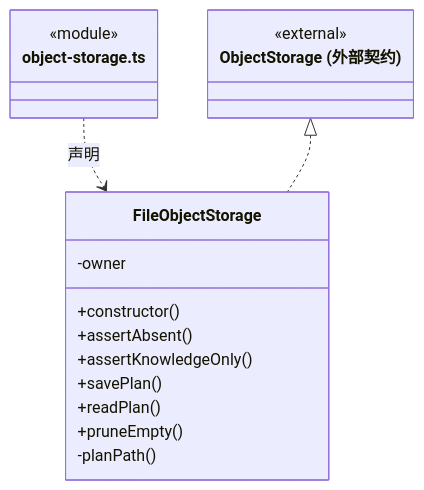
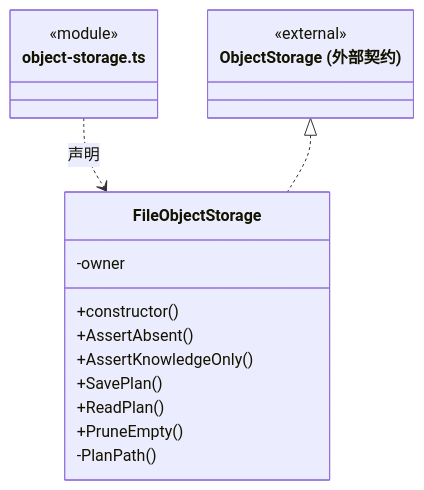
The fifth of 9 diagrams in src/logic/knowledge/storage/ARCHITECTURE.md (nan023062/cbim), drawn with Mermaid before and after one commit. The commit also changed other lines of this file and 1035 other files, not shown here.

````diff
--- a/src/logic/knowledge/storage/ARCHITECTURE.md
+++ b/src/logic/knowledge/storage/ARCHITECTURE.md
@@ -178,21 +178,21 @@
 ```mermaid
 classDiagram
 class N_src_logic_knowledge_storage_object_storage_ts["object-storage.ts"] {
   <<module>>
 }
 class N_src_logic_knowledge_storage_object_storage_ts_FileObjectStorage["FileObjectStorage"] {
   +constructor()
-  +assertAbsent()
-  +assertKnowledgeOnly()
-  +savePlan()
-  +readPlan()
-  +pruneEmpty()
+  +AssertAbsent()
+  +AssertKnowledgeOnly()
+  +SavePlan()
+  +ReadPlan()
+  +PruneEmpty()
   -owner
-  -planPath()
+  -PlanPath()
 }
 N_src_logic_knowledge_storage_object_storage_ts ..> N_src_logic_knowledge_storage_object_storage_ts_FileObjectStorage : 声明
 class N_src_logic_knowledge_storage_object_storage_ts_external_ObjectStorage["ObjectStorage (外部契约)"] {
   <<external>>
 }
 N_src_logic_knowledge_storage_object_storage_ts_external_ObjectStorage <|.. N_src_logic_knowledge_storage_object_storage_ts_FileObjectStorage
 ```
````
